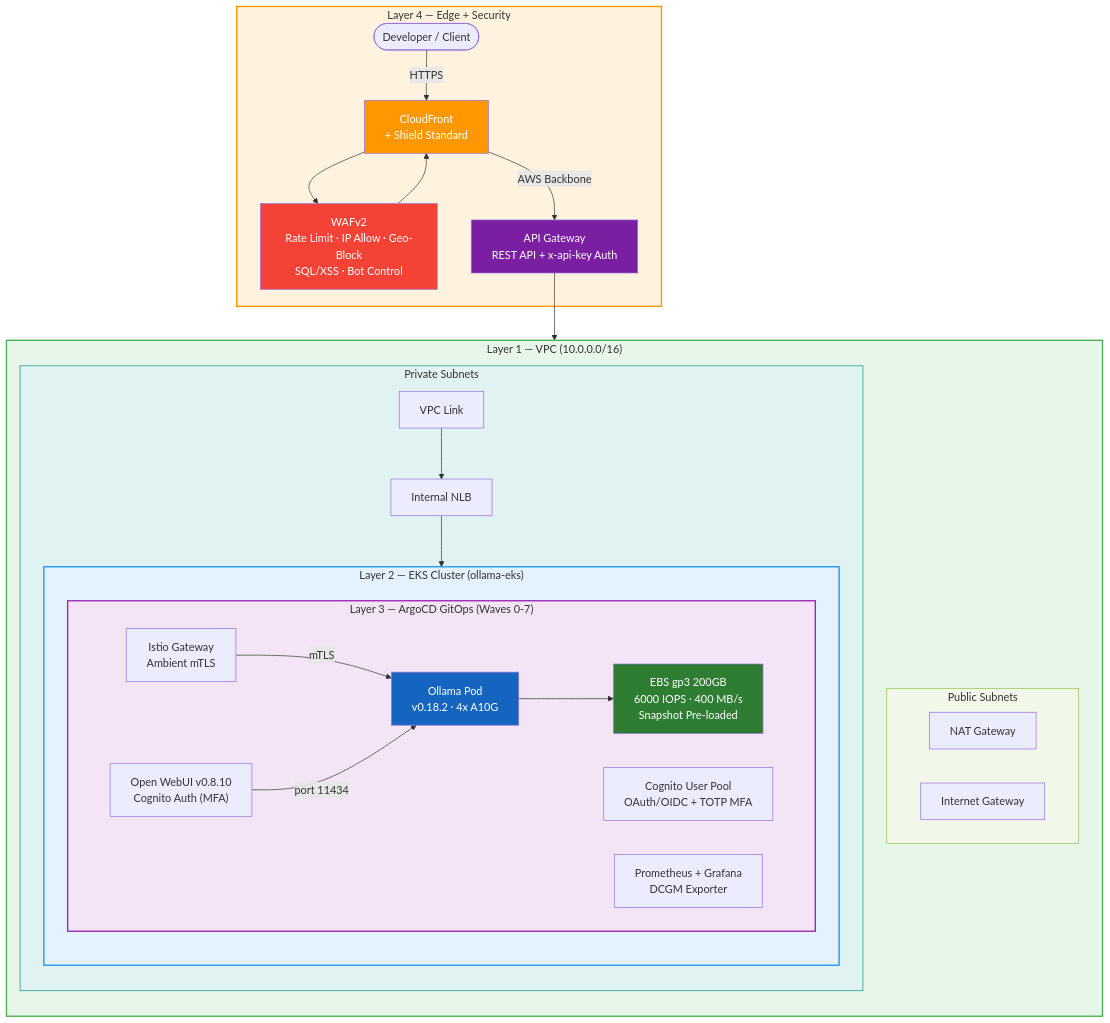
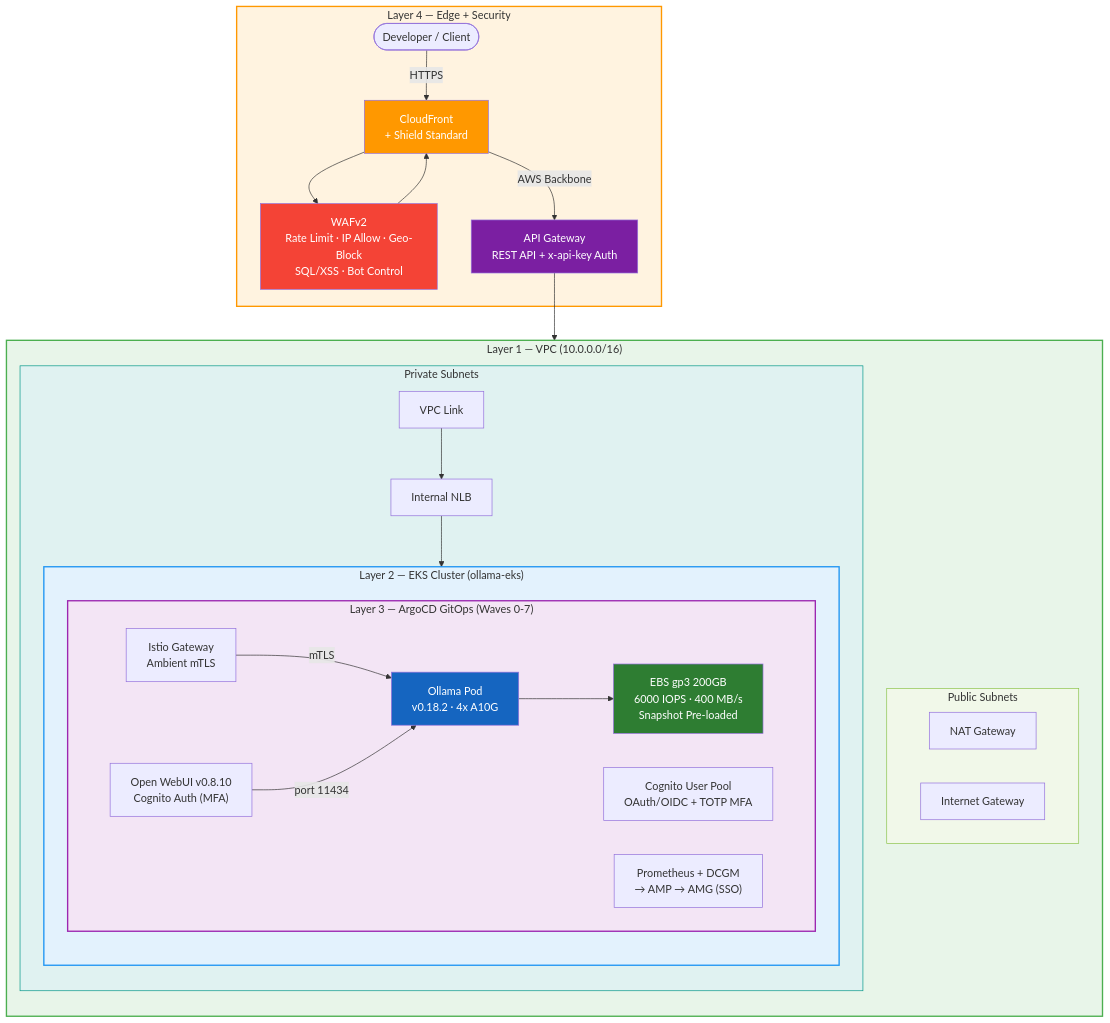
One commit to shanaka-versent/Ollama-on-EKS changed the first of 4 diagrams in README.md. Above: the diagram before and after it, drawn with Mermaid. The commit also changed other lines of this file and 27 other files, not shown here.

First line of the commit message:
feat: remove in-cluster Grafana, AMG-only observability, spot+on-demand for DEV

````diff
--- a/README.md
+++ b/README.md
@@ -11,58 +11,58 @@
 ```mermaid
 flowchart TB
     subgraph L4["Layer 4 — Edge + Security"]
         Client([Developer / Client])
         CF["CloudFront\n+ Shield Standard"]
         WAF["WAFv2\nRate Limit · IP Allow · Geo-Block\nSQL/XSS · Bot Control"]
         APIGW["API Gateway\nREST API + x-api-key Auth"]
     end
 
     subgraph L1["Layer 1 — VPC (10.0.0.0/16)"]
         direction TB
         subgraph pub["Public Subnets"]
             NAT["NAT Gateway"]
             IGW["Internet Gateway"]
         end
 
         subgraph priv["Private Subnets"]
             VPCL["VPC Link"]
             NLB["Internal NLB"]
 
             subgraph L2["Layer 2 — EKS Cluster (ollama-eks)"]
                 direction TB
                 subgraph L3["Layer 3 — ArgoCD GitOps (Waves 0-7)"]
                     direction LR
                     ISTIO["Istio Gateway\nAmbient mTLS"]
                     OLLAMA["Ollama Pod\nv0.18.2 · 4x A10G"]
                     EBS["EBS gp3 200GB\n6000 IOPS · 400 MB/s\nSnapshot Pre-loaded"]
                     WEBUI["Open WebUI v0.8.10\nCognito Auth (MFA)"]
                     COG["Cognito User Pool\nOAuth/OIDC + TOTP MFA"]
-                    MON["Prometheus + Grafana\nDCGM Exporter"]
+                    MON["Prometheus + DCGM\n→ AMP → AMG (SSO)"]
                 end
             end
         end
     end
 
     Client -->|HTTPS| CF
     CF --> WAF
     WAF --> CF
     CF -->|AWS Backbone| APIGW
     APIGW --> VPCL
     VPCL --> NLB
     NLB --> ISTIO
     ISTIO -->|mTLS| OLLAMA
     OLLAMA --> EBS
     WEBUI -->|port 11434| OLLAMA
 
     style L4 fill:#fff3e0,stroke:#ff9800,stroke-width:2px
     style L1 fill:#e8f5e9,stroke:#4caf50,stroke-width:2px
     style L2 fill:#e3f2fd,stroke:#2196f3,stroke-width:2px
     style L3 fill:#f3e5f5,stroke:#9c27b0,stroke-width:2px
     style pub fill:#f1f8e9,stroke:#8bc34a
     style priv fill:#e0f2f1,stroke:#009688
     style CF fill:#ff9800,color:#fff
     style WAF fill:#f44336,color:#fff
     style APIGW fill:#7b1fa2,color:#fff
     style OLLAMA fill:#1565c0,color:#fff
     style EBS fill:#2e7d32,color:#fff
 ```
````
